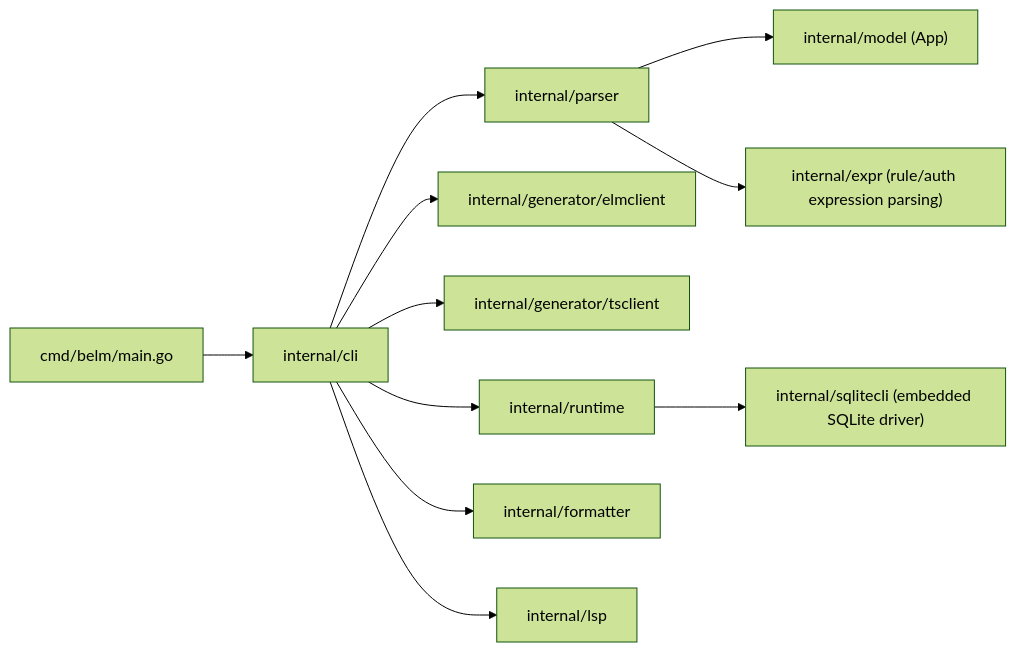
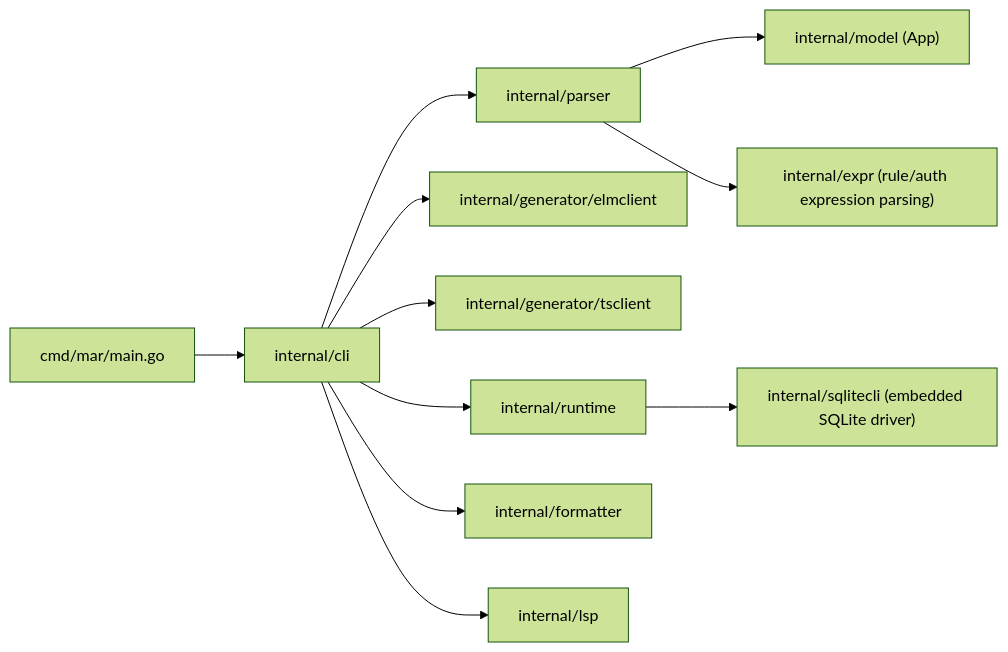
The first of 2 diagrams in website/docs/advanced.md (marciofrayze/mar-lang), drawn with Mermaid (forest theme) before and after one commit. The commit also changed other lines of this file and 704 other files, not shown here.

Commit message:
🚚 Belm is now Mar!

````diff
--- a/website/docs/advanced.md
+++ b/website/docs/advanced.md
@@ -95,13 +95,13 @@
 ```mermaid
 flowchart LR
-    A["cmd/belm/main.go"] --> B["internal/cli"]
+    A["cmd/mar/main.go"] --> B["internal/cli"]
     B --> C["internal/parser"]
     C --> D["internal/model (App)"]
     C --> E["internal/expr (rule/auth expression parsing)"]
     B --> F["internal/generator/elmclient"]
     B --> G["internal/generator/tsclient"]
     B --> H["internal/runtime"]
     H --> I["internal/sqlitecli (embedded SQLite driver)"]
     B --> J["internal/formatter"]
     B --> K["internal/lsp"]
 ```
````
